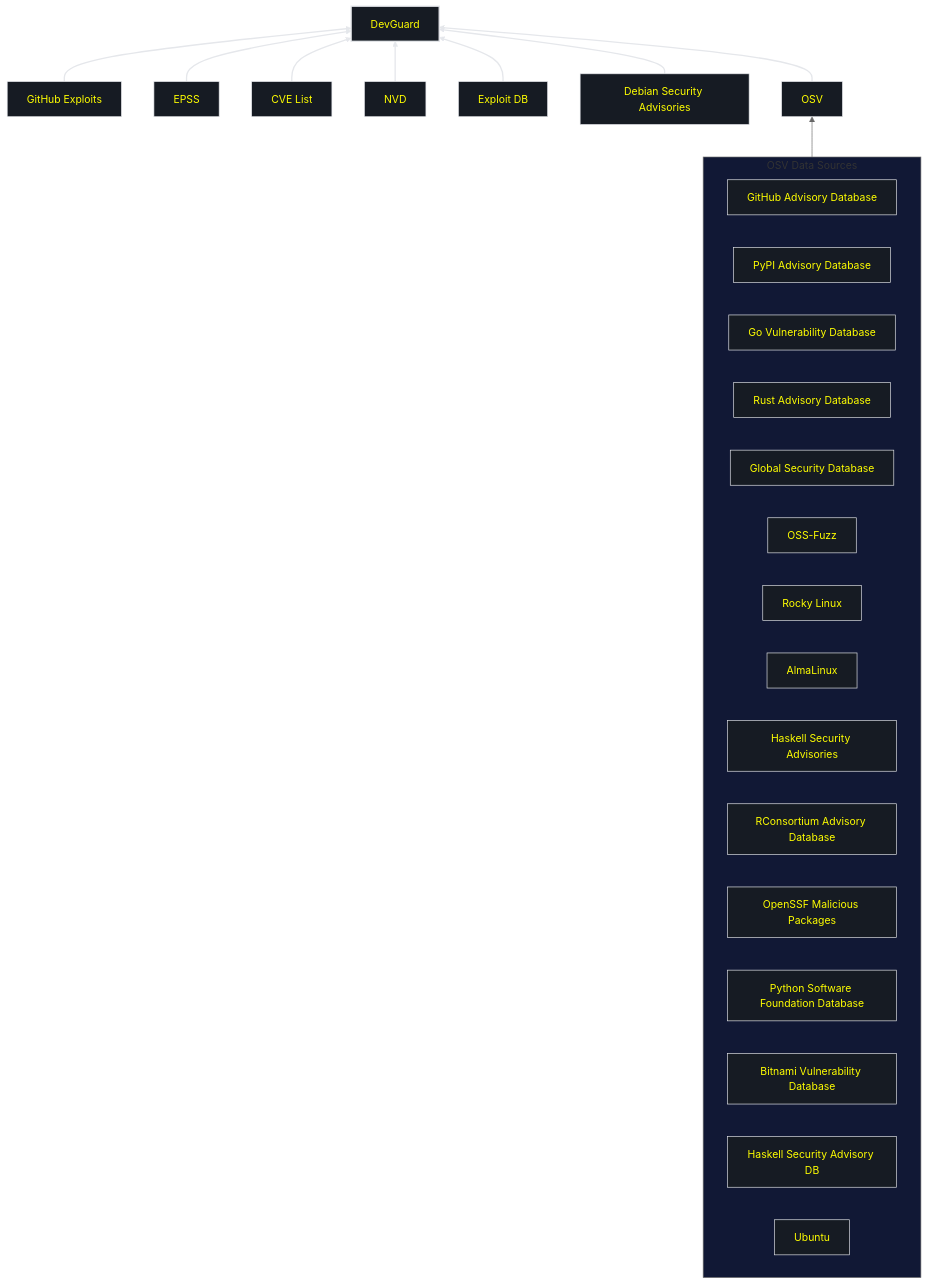
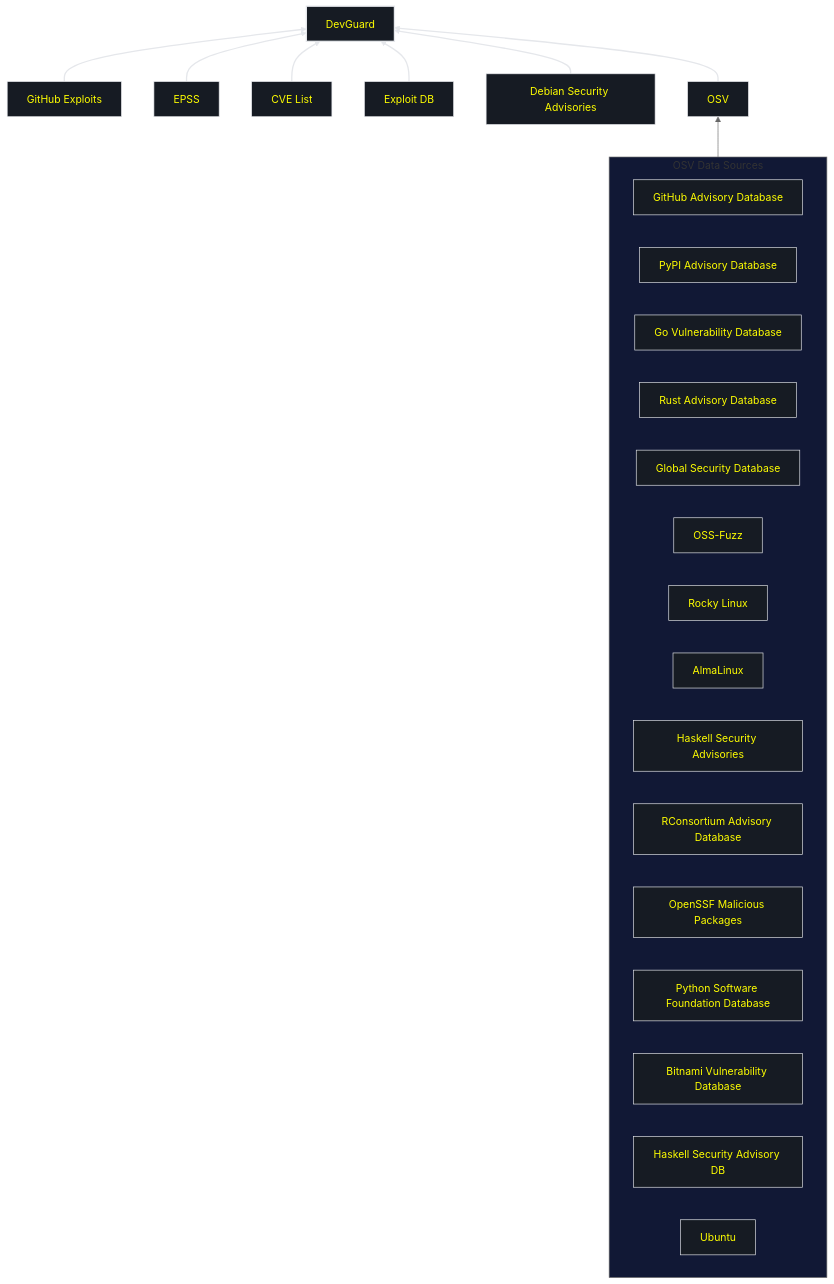
Before and after one commit to l3montree-dev/devguard-documentation: the diagram in src/pages/explanation/vulnerability-management/external-vuln-sync.mdx, drawn with Mermaid (neutral theme). The commit also changed other lines of this file, not shown here.

Commit message:
Change external-vuln-sync, erase NVD

````diff
--- a/src/pages/explanation/vulnerability-management/external-vuln-sync.mdx
+++ b/src/pages/explanation/vulnerability-management/external-vuln-sync.mdx
@@ -148,50 +145,48 @@
 ```mermaid
 flowchart BT
     dev["DevGuard"]
     github["GitHub Exploits"]
     epss["EPSS"]
     cveList["CVE List"]
-    nvd["NVD"]
     exploitDB["Exploit DB"]
     dbsec["Debian Security Advisories"]
     osv["OSV"]
 
     subgraph osvDB[OSV Data Sources]
         direction LR
         githubAdvisory[GitHub Advisory Database]
         pypiAdvisory[PyPI Advisory Database]
         goVulnerability[Go Vulnerability Database]
         rustAdvisory[Rust Advisory Database]
         globalSecurity[Global Security Database]
         ossFuzz[OSS-Fuzz]
         rockyLinux[Rocky Linux]
         almaLinux[AlmaLinux]
         haskellAdvisories[Haskell Security Advisories]
         rConsortium[RConsortium Advisory Database]
         openSSF[OpenSSF Malicious Packages]
         pythonDatabase[Python Software Foundation Database]
         bitnamiDatabase[Bitnami Vulnerability Database]
         haskellDB[Haskell Security Advisory DB]
         ubuntu[Ubuntu]
     end
 
     github --> dev
     epss --> dev
     cveList --> dev
-    nvd --> dev
     exploitDB --> dev
     dbsec --> dev
     osv --> dev
   
     osvDB --> osv
 
 classDef node fill:#161B23,color:yellow,stroke:#e5e7eb;
 classDef subgraphOut fill:#111835;
 classDef subgraphIn fill:#111827,stroke:#e5e7eb;
 classDef dev stroke-width:2px;
 
 class osvDB subgraphOut;
 class dev dev;
 
-linkStyle 0,1,2,3,4,5,6 stroke:#e5e7eb,stroke-width:2px;
+linkStyle 0,1,2,3,4,5 stroke:#e5e7eb,stroke-width:2px;
 ```
````
